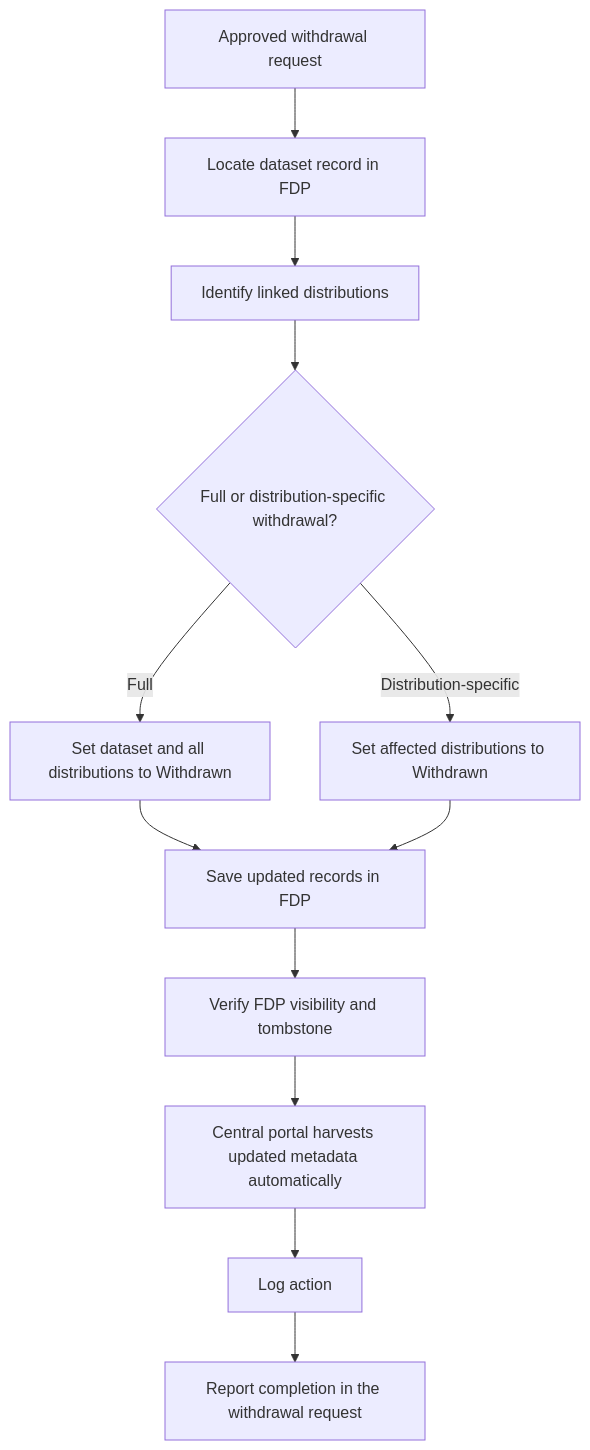
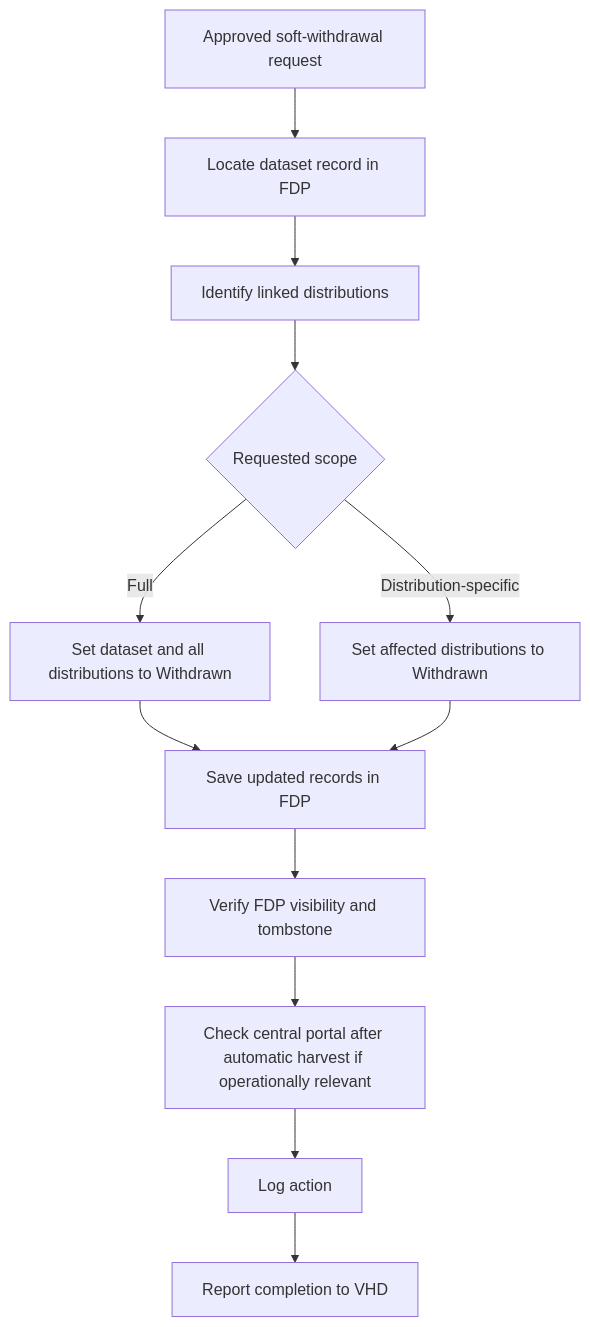
The diagram in sops/node-specific/GDI-SOP0011_withdraw-dataset-from-node-fair-data-point.md (M-casado/standard-operating-procedures), drawn with Mermaid before and after one commit. The commit also changed other lines of this file and 1 other file, not shown here.

Commit message:
Refine SOP0011 scope and review fixes

````diff
--- a/sops/node-specific/GDI-SOP0011_withdraw-dataset-from-node-fair-data-point.md
+++ b/sops/node-specific/GDI-SOP0011_withdraw-dataset-from-node-fair-data-point.md
@@ -89,19 +88,19 @@
 ```mermaid
-flowchart TB
-    request["Approved withdrawal request"]
+flowchart TD
+    request["Approved soft-withdrawal request"]
     find["Locate dataset record in FDP"]
     dist["Identify linked distributions"]
-    scope{"Full or distribution-specific withdrawal?"}
+    scope{"Requested scope"}
     full["Set dataset and all distributions to Withdrawn"]
     partial["Set affected distributions to Withdrawn"]
     save["Save updated records in FDP"]
     verify["Verify FDP visibility and tombstone"]
-    harvest["Central portal harvests updated metadata automatically"]
+    harvest["Check central portal after automatic harvest if operationally relevant"]
     log["Log action"]
-    report["Report completion in the withdrawal request"]
+    report["Report completion to VHD"]
 
     request --> find --> dist --> scope
     scope -->|Full| full --> save
     scope -->|Distribution-specific| partial --> save
     save --> verify --> harvest --> log --> report
 ```
````
